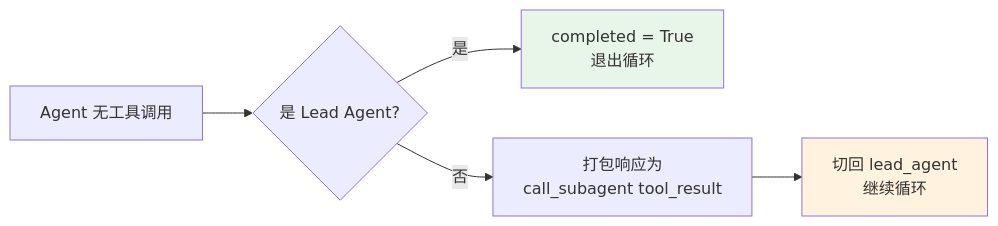
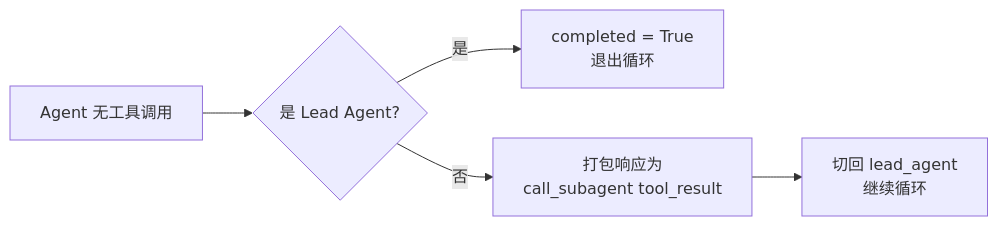
Before and after one commit to Neutrino1998/artifact-flow: the second of 3 diagrams in docs/architecture/engine.md, drawn with Mermaid. The commit also changed other lines of this file and 4 other files, not shown here.

First line of the commit message:
docs: drop custom mermaid fill colors for dark-mode readability

````diff
--- a/docs/architecture/engine.md
+++ b/docs/architecture/engine.md
@@ -94,10 +90,7 @@
 ```mermaid
 flowchart LR
     NO_TOOLS[Agent 无工具调用] --> IS_LEAD{是 Lead Agent?}
     IS_LEAD -->|是| EXIT["completed = True<br/>退出循环"]
     IS_LEAD -->|否| PACK["打包响应为<br/>call_subagent tool_result"]
     PACK --> SWITCH["切回 lead_agent<br/>继续循环"]
-
-    style EXIT fill:#e8f5e9
-    style SWITCH fill:#fff3e0
 ```
````
